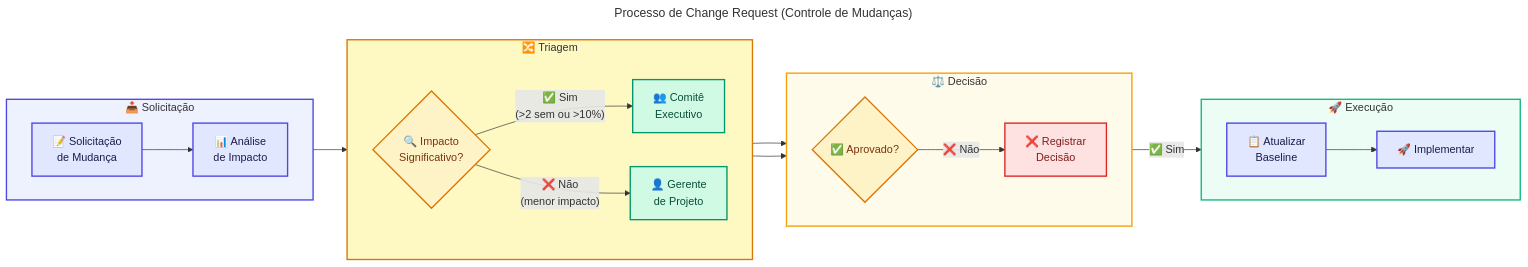
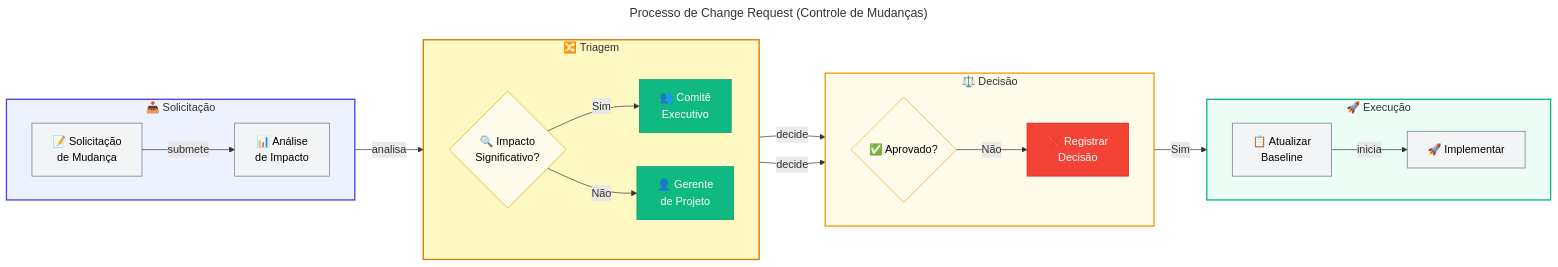
The ninth of 14 diagrams in docs/planoProjetoModernizacao.md (Evilazaro/Azure-LogicApps-Monitoring), drawn with Mermaid before and after one commit. The commit also changed other lines of this file, not shown here.

Commit message:
docs: Refine mermaid diagrams in project plan for improved clarity, consistency, and styling

````diff
--- a/docs/planoProjetoModernizacao.md
+++ b/docs/planoProjetoModernizacao.md
@@ -1593,84 +1473,65 @@
 ```mermaid
 ---
-title: "Processo de Change Request (Controle de Mudanças)"
+title: Processo de Change Request (Controle de Mudanças)
 ---
 flowchart LR
-    %% ═══════════════════════════════════════════════════════════════
-    %% PROCESSO DE CHANGE REQUEST
-    %% PROPÓSITO: Documentar o fluxo de avaliação, aprovação e
-    %%            implementação de mudanças no projeto
-    %% GOVERNANÇA: Mudanças seguem controle formal com critérios
-    %% ═══════════════════════════════════════════════════════════════
+    %% ===== DEFINIÇÕES DE ESTILO =====
+    classDef primary fill:#4F46E5,stroke:#3730A3,color:#FFFFFF
+    classDef secondary fill:#10B981,stroke:#059669,color:#FFFFFF
+    classDef datastore fill:#F59E0B,stroke:#D97706,color:#000000
+    classDef external fill:#6B7280,stroke:#4B5563,color:#FFFFFF,stroke-dasharray: 5 5
+    classDef failed fill:#F44336,stroke:#C62828,color:#FFFFFF
+    classDef trigger fill:#818CF8,stroke:#4F46E5,color:#FFFFFF
+    classDef decision fill:#FFFBEB,stroke:#F59E0B,color:#000000
+    classDef input fill:#F3F4F6,stroke:#6B7280,color:#000000
 
-    %% ───────────────────────────────────────────────────────────────
-    %% FASE 1: Solicitação e Análise
-    %% ───────────────────────────────────────────────────────────────
+    %% ===== SUBGRAPH: SOLICITAÇÃO =====
     subgraph solicitacao ["📥 Solicitação"]
         direction LR
         A["📝 Solicitação<br>de Mudança"]
         B["📊 Análise<br>de Impacto"]
-        A --> B
+        A -->|"submete"| B
     end
+    style solicitacao fill:#EEF2FF,stroke:#4F46E5,stroke-width:2px
 
-    %% ───────────────────────────────────────────────────────────────
-    %% FASE 2: Triagem e Roteamento
-    %% ───────────────────────────────────────────────────────────────
+    %% ===== SUBGRAPH: TRIAGEM =====
     subgraph triagem ["🔀 Triagem"]
         direction LR
         C{"🔍 Impacto<br>Significativo?"}
         D["👥 Comitê<br>Executivo"]
         E["👤 Gerente<br>de Projeto"]
-        C -->|"✅ Sim<br>(>2 sem ou >10%)"| D
-        C -->|"❌ Não<br>(menor impacto)"| E
+        C -->|"Sim"| D
+        C -->|"Não"| E
     end
+    style triagem fill:#FEF9C3,stroke:#D97706,stroke-width:2px
 
-    %% ───────────────────────────────────────────────────────────────
-    %% FASE 3: Decisão
-    %% ───────────────────────────────────────────────────────────────
+    %% ===== SUBGRAPH: DECISÃO =====
     subgraph decisao ["⚖️ Decisão"]
         direction LR
         F{"✅ Aprovado?"}
         H["❌ Registrar<br>Decisão"]
-        F -->|"❌ Não"| H
+        F -->|"Não"| H
     end
+    style decisao fill:#FFFBEB,stroke:#F59E0B,stroke-width:2px
 
-    %% ───────────────────────────────────────────────────────────────
-    %% FASE 4: Execução
-    %% ───────────────────────────────────────────────────────────────
+    %% ===== SUBGRAPH: EXECUÇÃO =====
     subgraph execucao ["🚀 Execução"]
         direction LR
         G["📋 Atualizar<br>Baseline"]
         I["🚀 Implementar"]
-        G --> I
+        G -->|"inicia"| I
     end
+    style execucao fill:#ECFDF5,stroke:#10B981,stroke-width:2px
 
-    %% ───────────────────────────────────────────────────────────────
-    %% CONEXÕES ENTRE FASES
-    %% ───────────────────────────────────────────────────────────────
-    solicitacao --> triagem
-    D --> F
-    E --> F
-    F -->|"✅ Sim"| execucao
+    %% ===== CONEXÕES ENTRE FASES =====
+    solicitacao -->|"analisa"| triagem
+    D -->|"decide"| F
+    E -->|"decide"| F
+    F -->|"Sim"| execucao
 
-    %% ═══════════════════════════════════════════════════════════════
-    %% ESTILOS: Paleta de cores por tipo de elemento
-    %% - Indigo (#E0E7FF): Processos/Ações
-    %% - Amber (#FEF3C7): Pontos de decisão
-    %% - Emerald (#D1FAE5): Ações de resultado
-    %% ═══════════════════════════════════════════════════════════════
-    classDef process fill:#E0E7FF,stroke:#4F46E5,color:#1E1B4B,stroke-width:2px
-    classDef decision fill:#FEF3C7,stroke:#D97706,color:#78350F,stroke-width:2px
-    classDef action fill:#D1FAE5,stroke:#059669,color:#064E3B,stroke-width:2px
-    classDef rejected fill:#FEE2E2,stroke:#DC2626,color:#7F1D1D,stroke-width:2px
-
-    class A,B,G,I process
+    %% ===== APLICAÇÃO DE ESTILOS =====
+    class A,B,G,I input
     class C,F decision
-    class D,E action
-    class H rejected
-
-    %% Estilo dos subgraphs
-    style solicitacao fill:#EEF2FF,stroke:#4F46E5,stroke-width:2px
-    style triagem fill:#FEF9C3,stroke:#D97706,stroke-width:2px
-    style decisao fill:#FFFBEB,stroke:#F59E0B,stroke-width:2px
-    style execucao fill:#ECFDF5,stroke:#10B981,stroke-width:2px
+    class D,E secondary
+    class H failed
 ```
````
